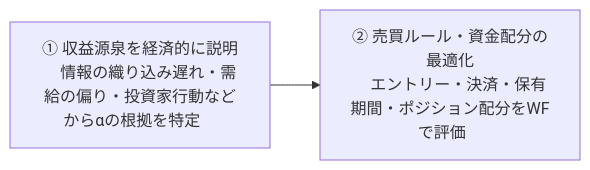
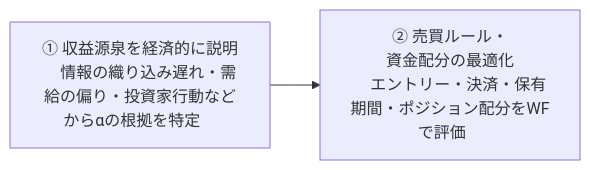
Before and after one commit to ki6051ns/PEAD01: the diagram in README.md, drawn with Mermaid.

Commit message:
docs: prevent orphaned final character in Mermaid workflow heading

````diff
--- a/README.md
+++ b/README.md
@@ -9,6 +9,6 @@
 ```mermaid
 flowchart LR
     A["① 収益源泉を経済的に説明<br/>&emsp;情報の織り込み遅れ・需給の偏り・投資家行動などからαの根拠を特定&emsp;"]
-    B["② 売買ルール・資金配分の最適化<br/>&emsp;エントリー・決済・保有期間・ポジション配分をWFで評価&emsp;"]
+    B["② 売買ルール・<br/>資金配分の最適化<br/>&emsp;エントリー・決済・保有期間・ポジション配分をWFで評価&emsp;"]
     A --> B
 ```
````
